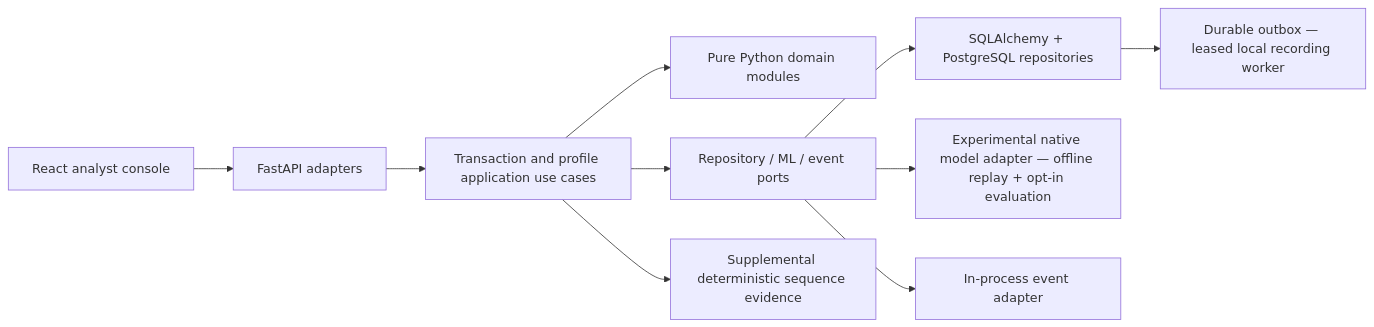
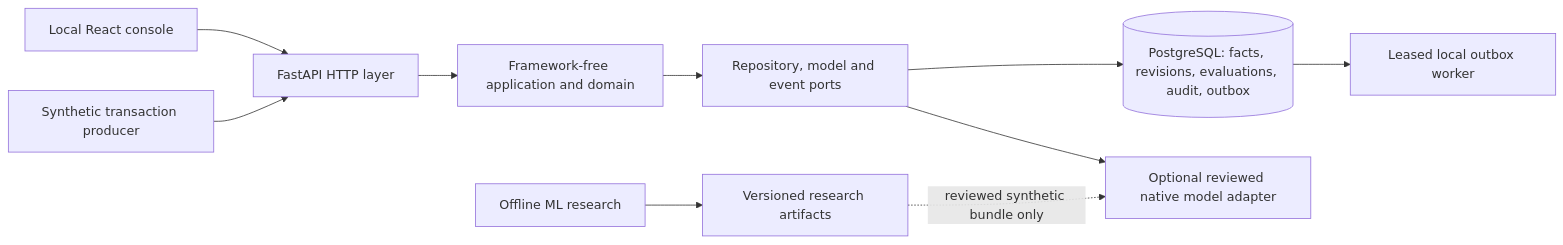
Before and after one commit to nuchaaa/FraudLens: the diagram in README.md, drawn with Mermaid. The commit also changed other lines of this file and 8 other files, not shown here.

````diff
--- a/README.md
+++ b/README.md
@@ -88,12 +20,12 @@
 ```mermaid
 flowchart LR
-    UI[React analyst console] --> HTTP[FastAPI adapters]
-    HTTP --> UC[Transaction and profile application use cases]
-    UC --> D[Pure Python domain modules]
-    UC --> P[Repository / ML / event ports]
-    P --> DB[SQLAlchemy + PostgreSQL repositories]
-    P --> ML[Experimental native model adapter — offline replay + opt-in evaluation]
-    UC --> SQ[Supplemental deterministic sequence evidence]
-    P --> EV[In-process event adapter]
-    DB --> OB[Durable outbox — leased local recording worker]
+    UI[Local React console] --> API[FastAPI HTTP layer]
+    Client[Synthetic transaction producer] --> API
+    API --> App[Framework-free application and domain]
+    App --> Ports[Repository, model and event ports]
+    Ports --> PG[(PostgreSQL: facts, revisions, evaluations, audit, outbox)]
+    Ports --> Native[Optional reviewed native model adapter]
+    PG --> Worker[Leased local outbox worker]
+    Offline[Offline ML research] --> Artifacts[Versioned research artifacts]
+    Artifacts -. reviewed synthetic bundle only .-> Native
 ```
````
